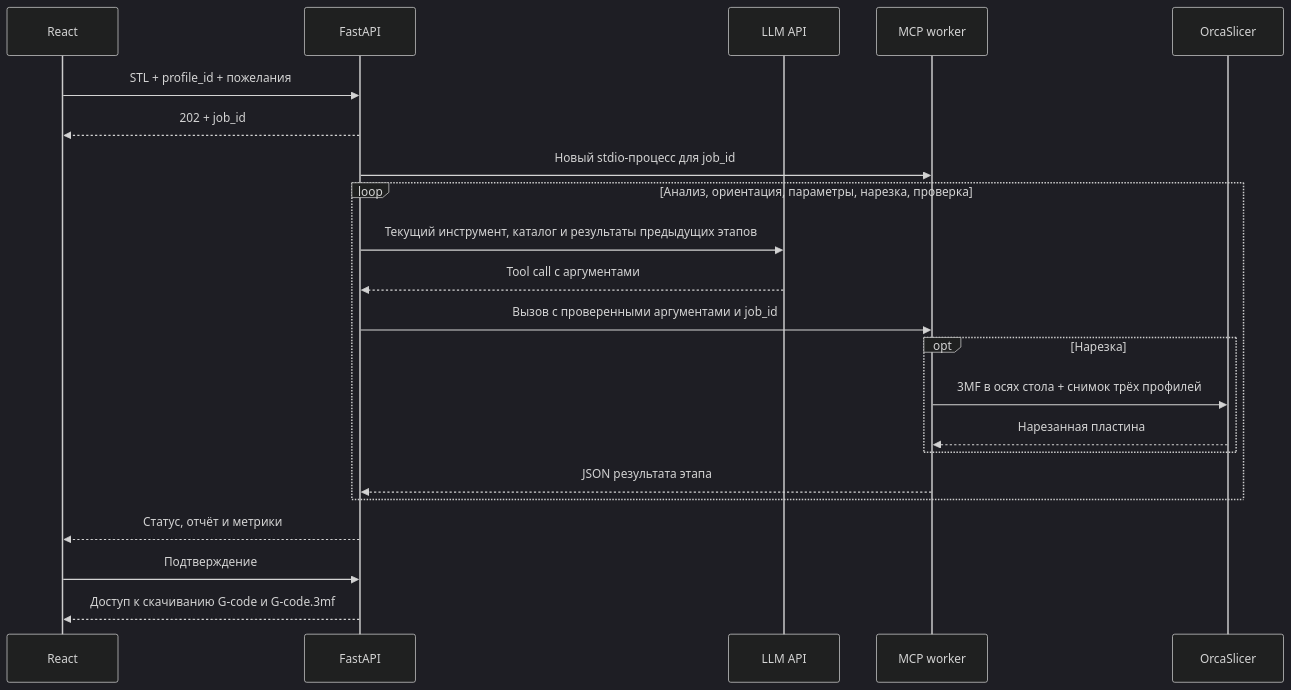
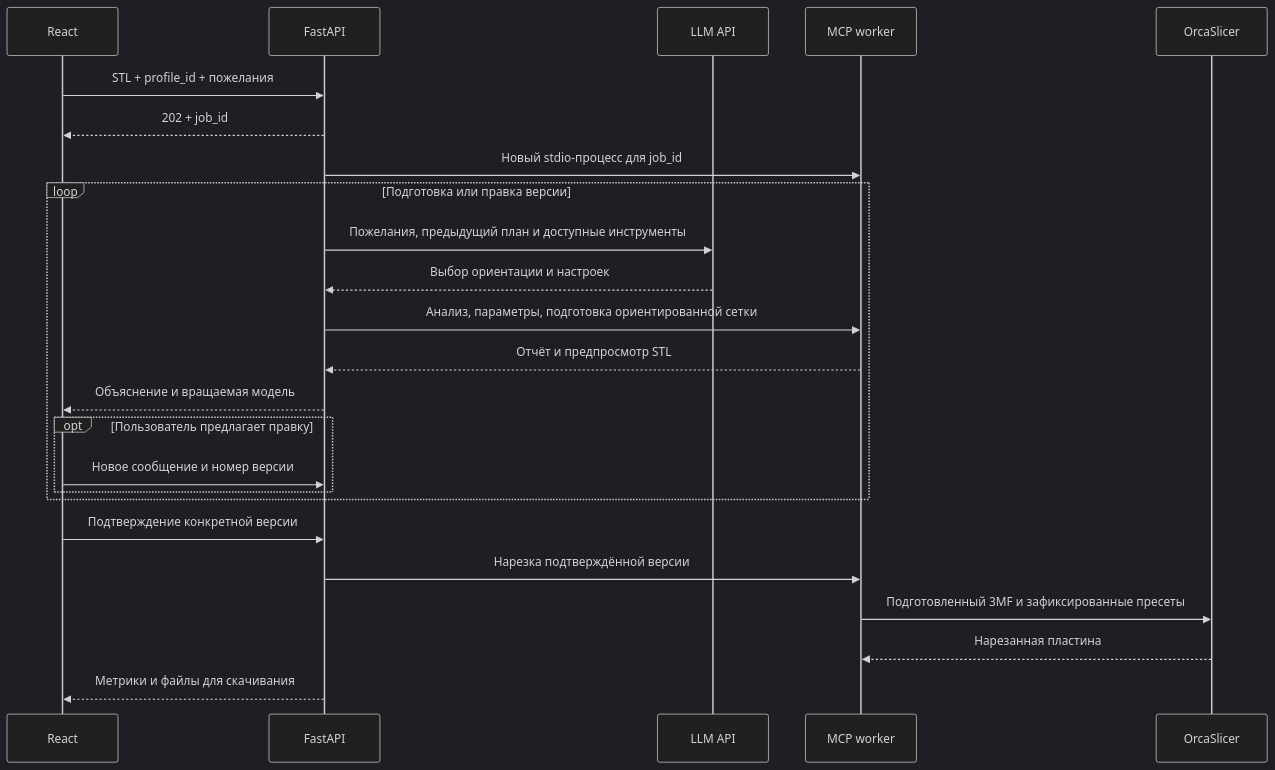
The diagram in src/manual.md (DedZet/AI-Slice), drawn with Mermaid (dark theme) before and after one commit. The commit also changed other lines of this file and 322 other files, not shown here.

````diff
--- a/src/manual.md
+++ b/src/manual.md
@@ -29,24 +33,26 @@
 ```mermaid
 sequenceDiagram
     participant R as React
     participant F as FastAPI
     participant L as LLM API
     participant M as MCP worker
     participant O as OrcaSlicer
     R->>F: STL + profile_id + пожелания
     F-->>R: 202 + job_id
     F->>M: Новый stdio-процесс для job_id
-    loop Анализ, ориентация, параметры, нарезка, проверка
-        F->>L: Текущий инструмент, каталог и результаты предыдущих этапов
-        L-->>F: Tool call с аргументами
-        F->>M: Вызов с проверенными аргументами и job_id
-        opt Нарезка
-            M->>O: 3MF в осях стола + снимок трёх профилей
-            O-->>M: Нарезанная пластина
+    loop Подготовка или правка версии
+        F->>L: Пожелания, предыдущий план и доступные инструменты
+        L-->>F: Выбор ориентации и настроек
+        F->>M: Анализ, параметры, подготовка ориентированной сетки
+        M-->>F: Отчёт и предпросмотр STL
+        F-->>R: Объяснение и вращаемая модель
+        opt Пользователь предлагает правку
+            R->>F: Новое сообщение и номер версии
         end
-        M-->>F: JSON результата этапа
     end
-    F-->>R: Статус, отчёт и метрики
-    R->>F: Подтверждение
-    F-->>R: Доступ к скачиванию G-code и G-code.3mf
+    R->>F: Подтверждение конкретной версии
+    F->>M: Нарезка подтверждённой версии
+    M->>O: Подготовленный 3MF и зафиксированные пресеты
+    O-->>M: Нарезанная пластина
+    F-->>R: Метрики и файлы для скачивания
 ```
````
